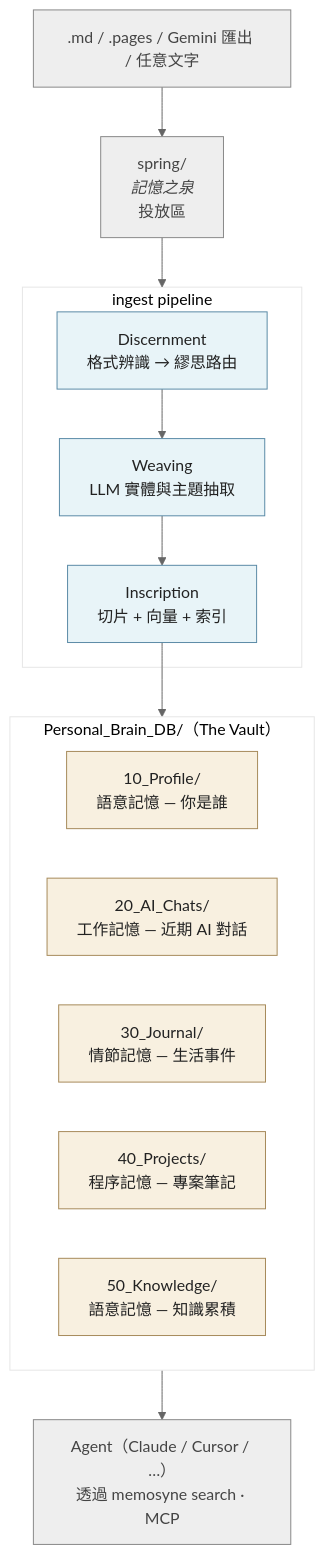
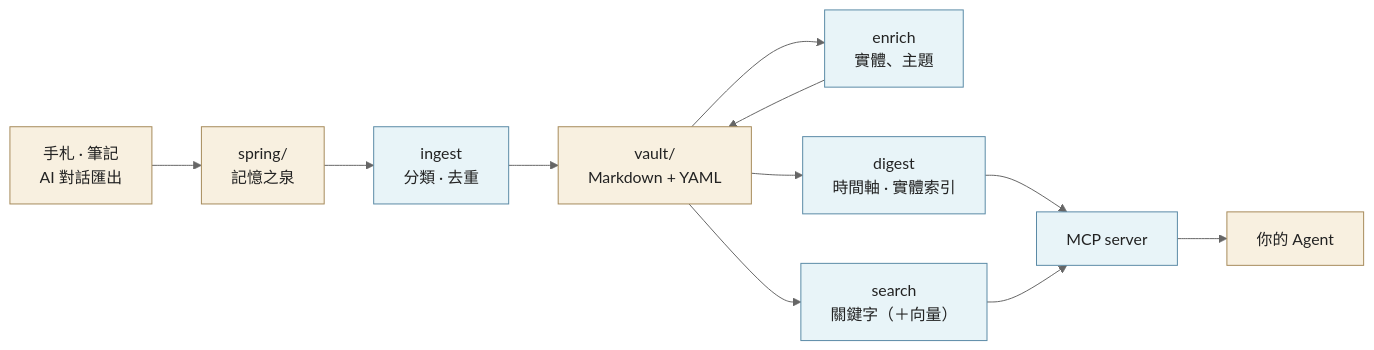
The diagram in README.zh.md (pppeterlin/Memosyne), drawn with Mermaid before and after one commit. The commit also changed other lines of this file and 32 other files, not shown here.

````diff
--- a/README.zh.md
+++ b/README.zh.md
@@ -44,34 +48,16 @@
 ```mermaid
 %%{init: {'theme':'base', 'themeVariables': {'background':'#f5f5f5', 'primaryColor':'#f5f5f5', 'lineColor':'#666', 'primaryBorderColor':'#888'}}}%%
-flowchart TB
+flowchart LR
     classDef stage fill:#e8f4f8,stroke:#5a8aa6,color:#222
-    classDef vault fill:#f8f0e0,stroke:#a68a5a,color:#222
-    classDef external fill:#eee,stroke:#888,color:#444
+    classDef data fill:#f8f0e0,stroke:#a68a5a,color:#222
 
-    SRC[".md / .pages / Gemini 匯出 / 任意文字"]:::external
-    SPRING["spring/<br/><i>記憶之泉</i><br/>投放區"]:::external
-
-    SRC --> SPRING
-
-    subgraph PIPE["ingest pipeline"]
-        DISC["Discernment<br/>格式辨識 → 繆思路由"]:::stage
-        WEAVE["Weaving<br/>LLM 實體與主題抽取"]:::stage
-        INSCRIBE["Inscription<br/>切片 + 向量 + 索引"]:::stage
-        DISC --> WEAVE --> INSCRIBE
-    end
-
-    SPRING --> PIPE
-
-    subgraph VAULT["Personal_Brain_DB/（The Vault）"]
-        P10["10_Profile/<br/>語意記憶 — 你是誰"]:::vault
-        P20["20_AI_Chats/<br/>工作記憶 — 近期 AI 對話"]:::vault
-        P30["30_Journal/<br/>情節記憶 — 生活事件"]:::vault
-        P40["40_Projects/<br/>程序記憶 — 專案筆記"]:::vault
-        P50["50_Knowledge/<br/>語意記憶 — 知識累積"]:::vault
-    end
-
-    INSCRIBE --> VAULT
-
-    AGENT["Agent（Claude / Cursor / …）<br/>透過 memosyne search · MCP"]:::external
-    VAULT --> AGENT
+    SRC["手札 · 筆記<br/>AI 對話匯出"]:::data --> SPRING["spring/<br/>記憶之泉"]:::data
+    SPRING --> INGEST["ingest<br/>分類 · 去重"]:::stage
+    INGEST --> VAULT["vault/<br/>Markdown + YAML"]:::data
+    VAULT --> ENRICH["enrich<br/>實體、主題"]:::stage --> VAULT
+    VAULT --> DIGEST["digest<br/>時間軸 · 實體索引"]:::stage
+    VAULT --> SEARCH["search<br/>關鍵字（＋向量）"]:::stage
+    DIGEST --> MCP["MCP server"]:::stage
+    SEARCH --> MCP
+    MCP --> AGENT["你的 Agent"]:::data
 ```
````
